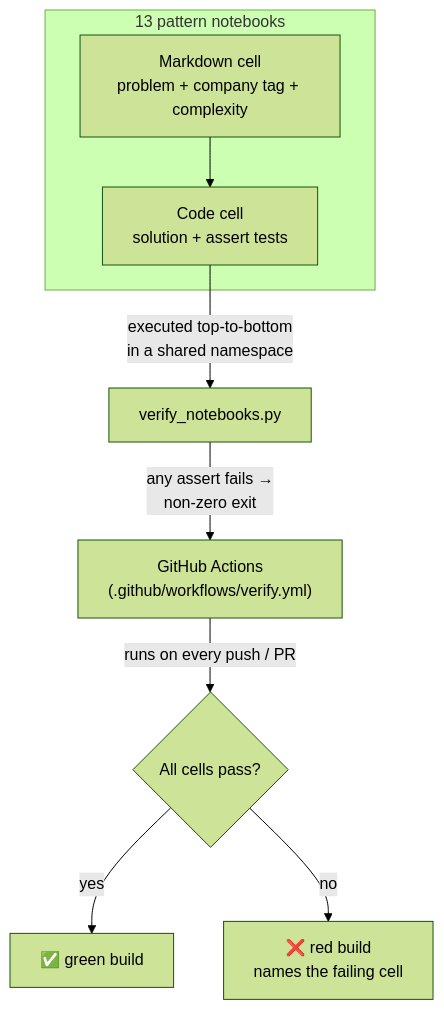
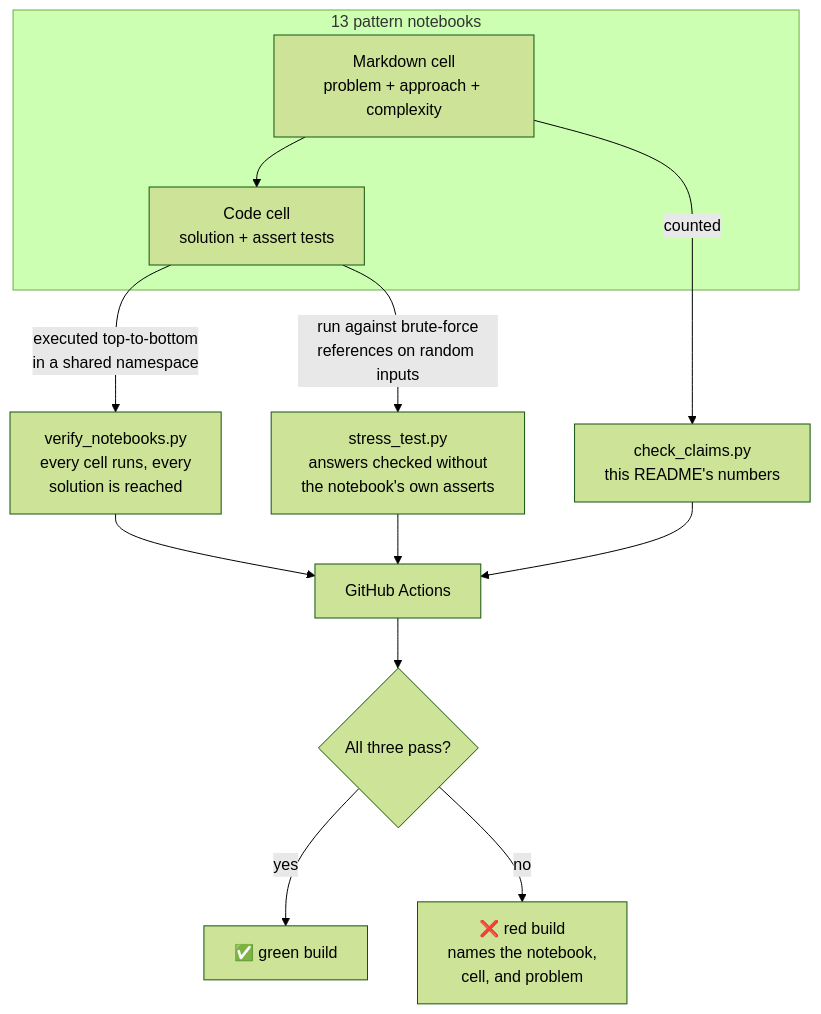
The diagram in README.md (shiva-shivanibokka/Core-algorithms-for-Leetcode), drawn with Mermaid (forest theme) before and after one commit. The commit also changed other lines of this file and 12 other files, not shown here.

First line of the commit message:
Verify what the asserts cannot: reachability, correctness, and the README

````diff
--- a/README.md
+++ b/README.md
@@ -74,13 +86,17 @@
 ```mermaid
 flowchart TD
     subgraph NB["13 pattern notebooks"]
-        A["Markdown cell<br/>problem + company tag + complexity"]
+        A["Markdown cell<br/>problem + approach + complexity"]
         B["Code cell<br/>solution + assert tests"]
         A --> B
     end
-    B -->|executed top-to-bottom<br/>in a shared namespace| V["verify_notebooks.py"]
-    V -->|any assert fails →<br/>non-zero exit| CI["GitHub Actions<br/>(.github/workflows/verify.yml)"]
-    CI -->|runs on every push / PR| S{"All cells pass?"}
-    S -->|yes| G["✅ green build"]
-    S -->|no| R["❌ red build<br/>names the failing cell"]
+    B -->|executed top-to-bottom<br/>in a shared namespace| V["verify_notebooks.py<br/>every cell runs, every<br/>solution is reached"]
+    B -->|run against brute-force<br/>references on random inputs| S["stress_test.py<br/>answers checked without<br/>the notebook's own asserts"]
+    A -->|counted| C["check_claims.py<br/>this README's numbers"]
+    V --> CI["GitHub Actions"]
+    S --> CI
+    C --> CI
+    CI --> G{"All three pass?"}
+    G -->|yes| OK["✅ green build"]
+    G -->|no| BAD["❌ red build<br/>names the notebook,<br/>cell, and problem"]
 ```
````
